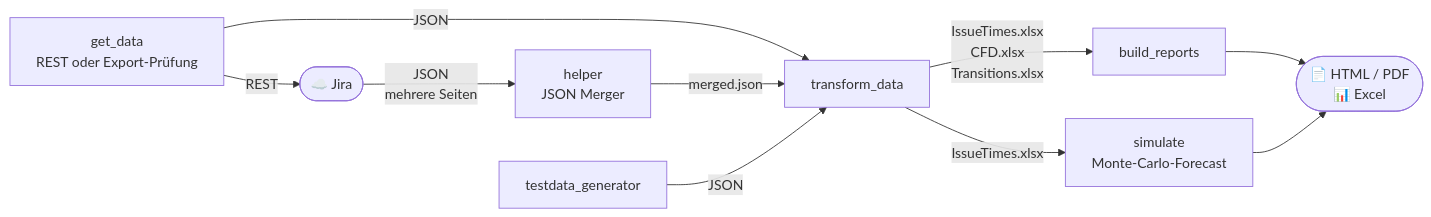
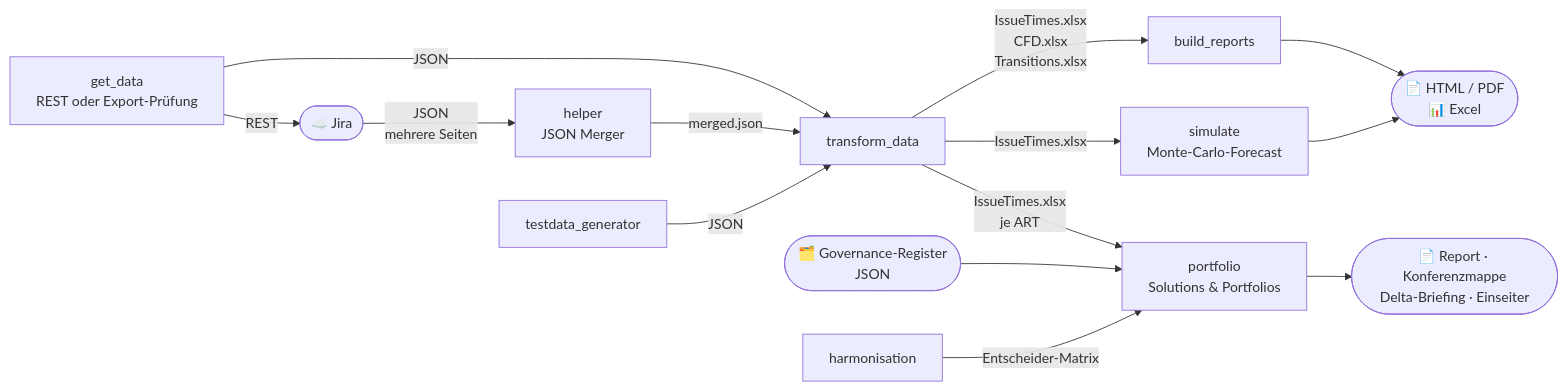
The third of 7 diagrams in docs/architecture.de.md (Jaegerfeld/situation-report), drawn with Mermaid before and after one commit. The commit also changed other lines of this file and 12 other files, not shown here.

````diff
--- a/docs/architecture.de.md
+++ b/docs/architecture.de.md
@@ -75,21 +79,29 @@
 ```mermaid
 flowchart LR
     jira(["☁️ Jira"])
     tdg["testdata_generator"]
     gd["get_data\nREST oder Export-Prüfung"]
     hlp["helper\nJSON Merger"]
     td["transform_data"]
     br["build_reports"]
+    pf["portfolio\nSolutions & Portfolios"]
+    harmo["harmonisation"]
+    reg(["🗂️ Governance-Register\nJSON"])
     sim["simulate\nMonte-Carlo-Forecast"]
     out(["📄 HTML / PDF\n📊 Excel"])
+    pfout(["📄 Report · Konferenzmappe\nDelta-Briefing · Einseiter"])
 
     jira -- "JSON\nmehrere Seiten" --> hlp
     gd -- "JSON" --> td
     gd -- REST --> jira
     hlp -- "merged.json" --> td
     tdg -- "JSON" --> td
     td -- "IssueTimes.xlsx\nCFD.xlsx\nTransitions.xlsx" --> br
     td -- "IssueTimes.xlsx" --> sim
+    td -- "IssueTimes.xlsx\nje ART" --> pf
+    reg --> pf
+    harmo -- "Entscheider-Matrix" --> pf
     br --> out
     sim --> out
+    pf --> pfout
 ```
````
